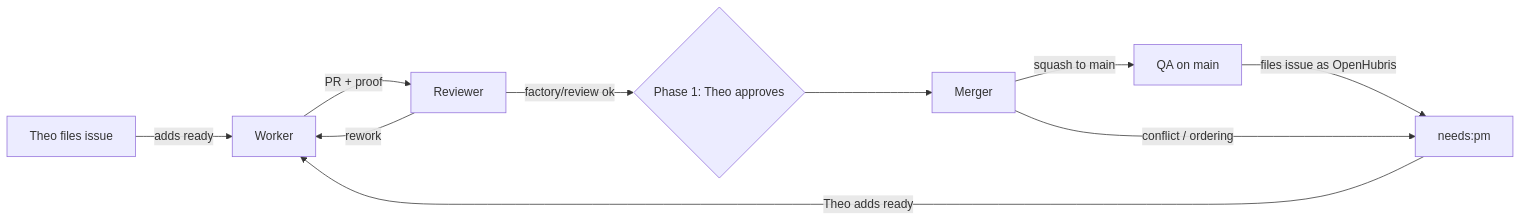
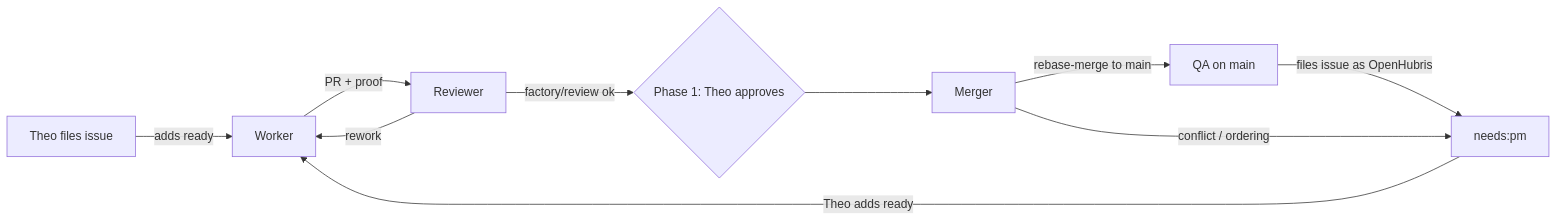
Before and after one commit to tvararu/tuicraft: the diagram in docs/plans/2026-09-25-dev-factory-design.md, drawn with Mermaid. The commit also changed other lines of this file, not shown here.

First line of the commit message:
docs: Fold SOAP, rebase and Orca into factory

````diff
--- a/docs/plans/2026-09-25-dev-factory-design.md
+++ b/docs/plans/2026-09-25-dev-factory-design.md
@@ -73,12 +76,12 @@
 ```mermaid
 flowchart LR
   T[Theo files issue] -->|adds ready| W[Worker]
   W -->|PR + proof| R[Reviewer]
   R -->|rework| W
   R -->|factory/review ok| P{Phase 1: Theo approves}
   P --> M[Merger]
-  M -->|squash to main| Q[QA on main]
+  M -->|rebase-merge to main| Q[QA on main]
   Q -->|files issue as OpenHubris| N[needs:pm]
   N -->|Theo adds ready| W
   M -->|conflict / ordering| N
 ```
````
